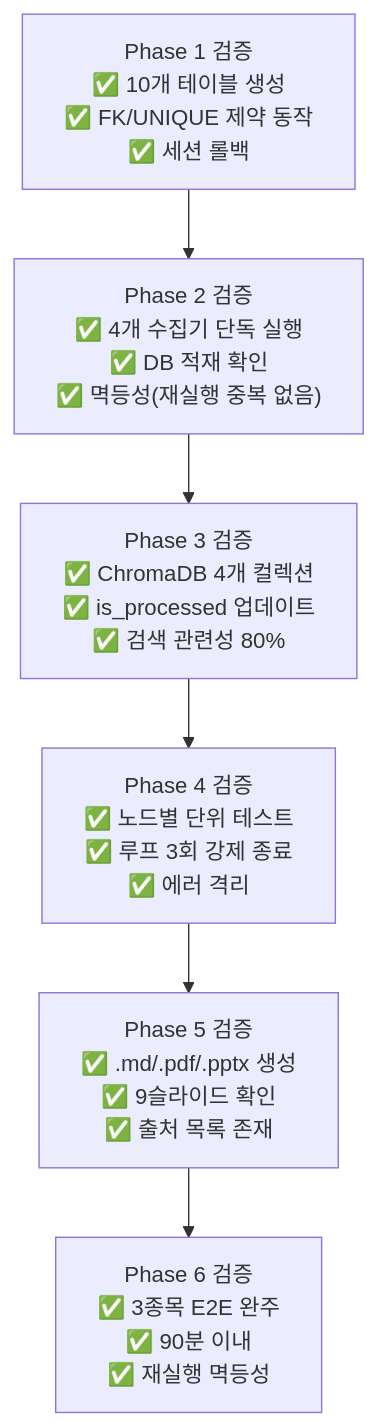
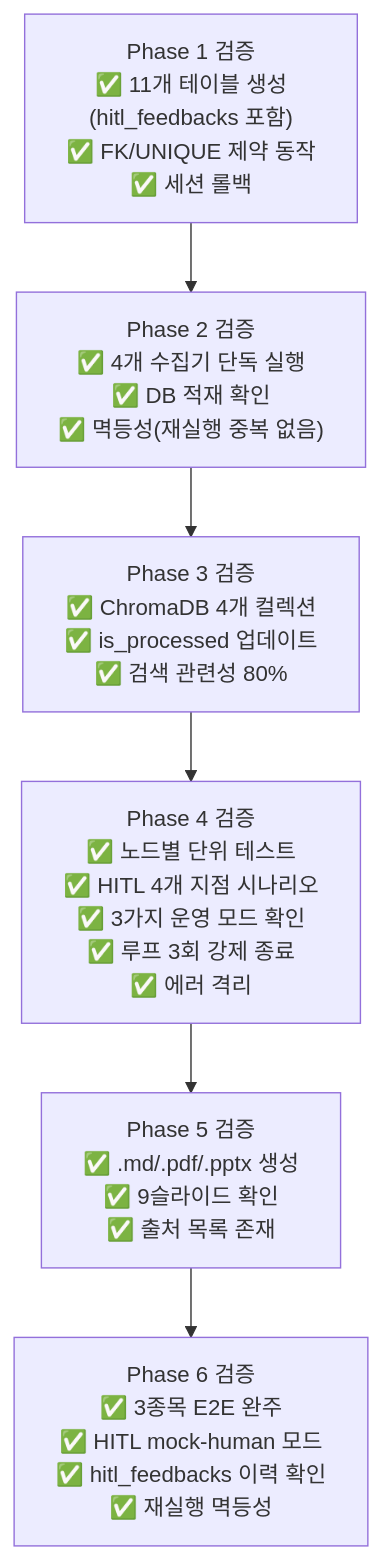
The diagram in docs/test_strategy.md (zoofighter/auto_research), drawn with Mermaid before and after one commit. The commit also changed other lines of this file and 4 other files, not shown here.

Commit message:
docs: update test strategy, database schema, diagrams, and implementation plan

````diff
--- a/docs/test_strategy.md
+++ b/docs/test_strategy.md
@@ -475,11 +545,11 @@
 ```mermaid
 flowchart TD
-    P1["Phase 1 검증\n✅ 10개 테이블 생성\n✅ FK/UNIQUE 제약 동작\n✅ 세션 롤백"]
+    P1["Phase 1 검증\n✅ 11개 테이블 생성\n   (hitl_feedbacks 포함)\n✅ FK/UNIQUE 제약 동작\n✅ 세션 롤백"]
     P2["Phase 2 검증\n✅ 4개 수집기 단독 실행\n✅ DB 적재 확인\n✅ 멱등성(재실행 중복 없음)"]
     P3["Phase 3 검증\n✅ ChromaDB 4개 컬렉션\n✅ is_processed 업데이트\n✅ 검색 관련성 80%"]
-    P4["Phase 4 검증\n✅ 노드별 단위 테스트\n✅ 루프 3회 강제 종료\n✅ 에러 격리"]
+    P4["Phase 4 검증\n✅ 노드별 단위 테스트\n✅ HITL 4개 지점 시나리오\n✅ 3가지 운영 모드 확인\n✅ 루프 3회 강제 종료\n✅ 에러 격리"]
     P5["Phase 5 검증\n✅ .md/.pdf/.pptx 생성\n✅ 9슬라이드 확인\n✅ 출처 목록 존재"]
-    P6["Phase 6 검증\n✅ 3종목 E2E 완주\n✅ 90분 이내\n✅ 재실행 멱등성"]
+    P6["Phase 6 검증\n✅ 3종목 E2E 완주\n✅ HITL mock-human 모드\n✅ hitl_feedbacks 이력 확인\n✅ 재실행 멱등성"]
 
     P1 --> P2 --> P3 --> P4 --> P5 --> P6
 ```
````
